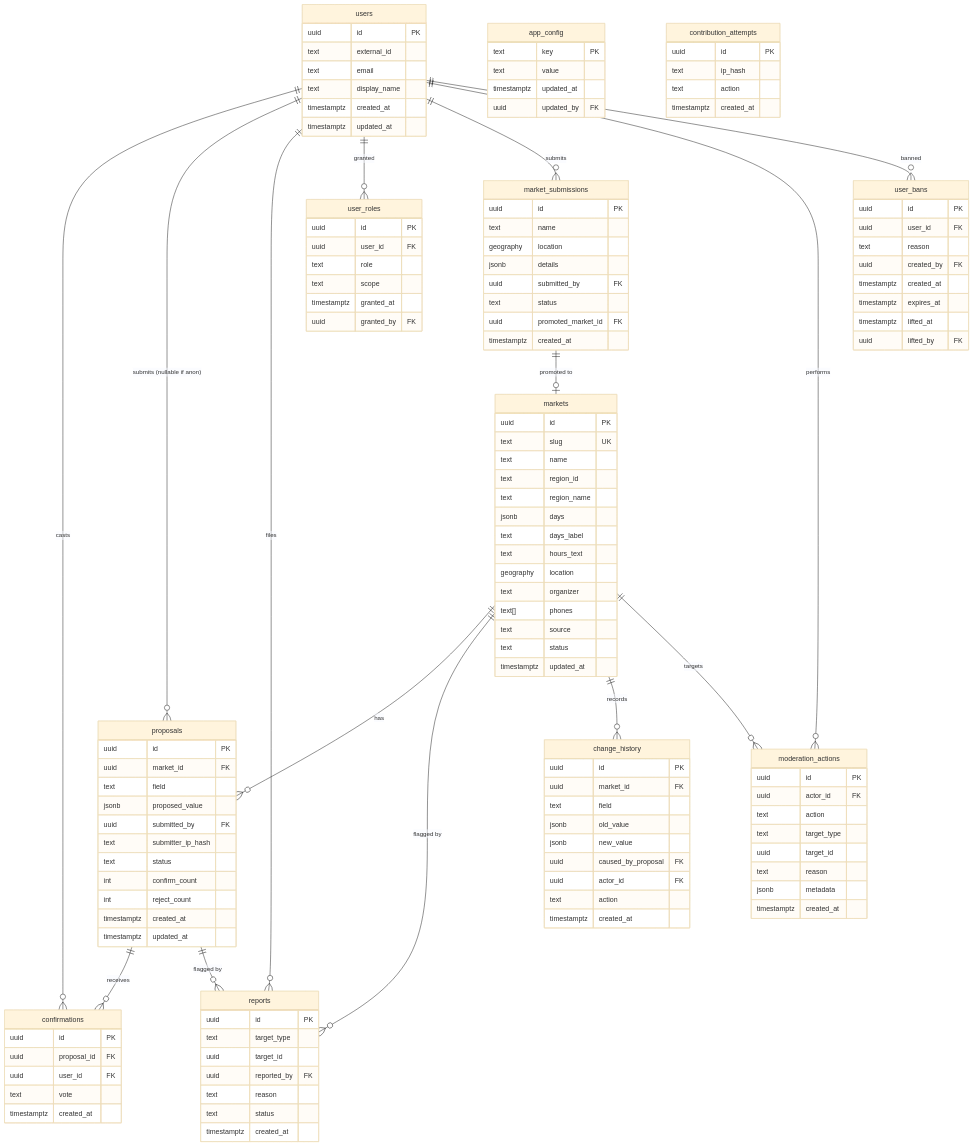
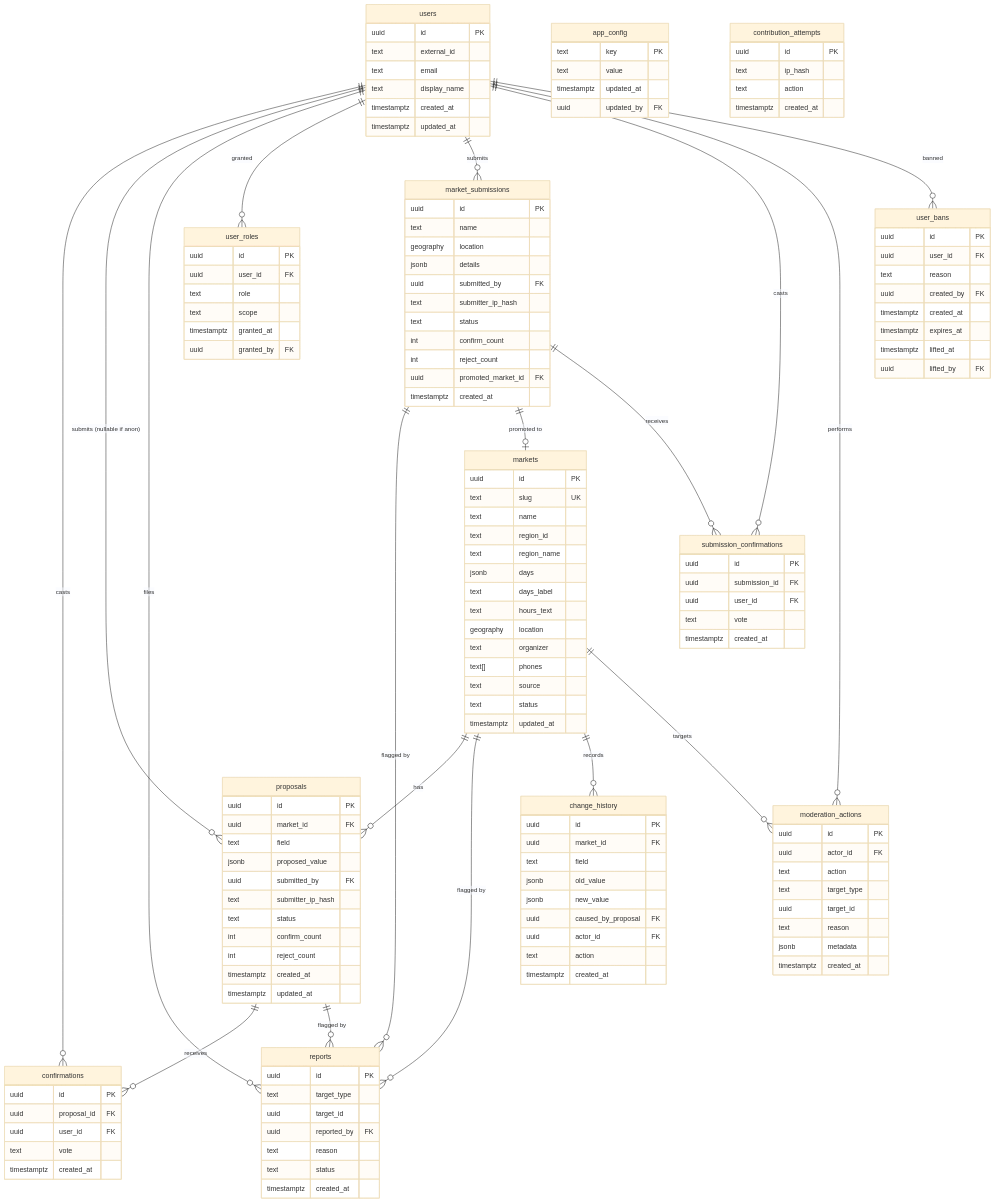
One commit to jimacampos/laferiacr changed the diagram in docs/architecture/data-model.md. Above: the diagram before and after it, drawn with Mermaid (base theme). The commit also changed other lines of this file and 40 other files, not shown here.

```diff
--- a/docs/architecture/data-model.md
+++ b/docs/architecture/data-model.md
@@ -22,12 +22,15 @@
   proposals ||--o{ confirmations : "receives"
   markets ||--o{ reports : "flagged by"
   proposals ||--o{ reports : "flagged by"
+  market_submissions ||--o{ reports : "flagged by"
   users ||--o{ confirmations : "casts"
   users ||--o{ proposals : "submits (nullable if anon)"
   users ||--o{ reports : "files"
   users ||--o{ user_roles : "granted"
   users ||--o{ market_submissions : "submits"
   market_submissions ||--o| markets : "promoted to"
+  market_submissions ||--o{ submission_confirmations : "receives"
+  users ||--o{ submission_confirmations : "casts"
   markets ||--o{ change_history : "records"
   users ||--o{ moderation_actions : "performs"
   markets ||--o{ moderation_actions : "targets"
@@ -100,8 +103,18 @@
     geography location
     jsonb details
     uuid submitted_by FK
+    text submitter_ip_hash
     text status
+    int confirm_count
+    int reject_count
     uuid promoted_market_id FK
+    timestamptz created_at
+  }
+  submission_confirmations {
+    uuid id PK
+    uuid submission_id FK
+    uuid user_id FK
+    text vote
     timestamptz created_at
   }
   moderation_actions {
```
